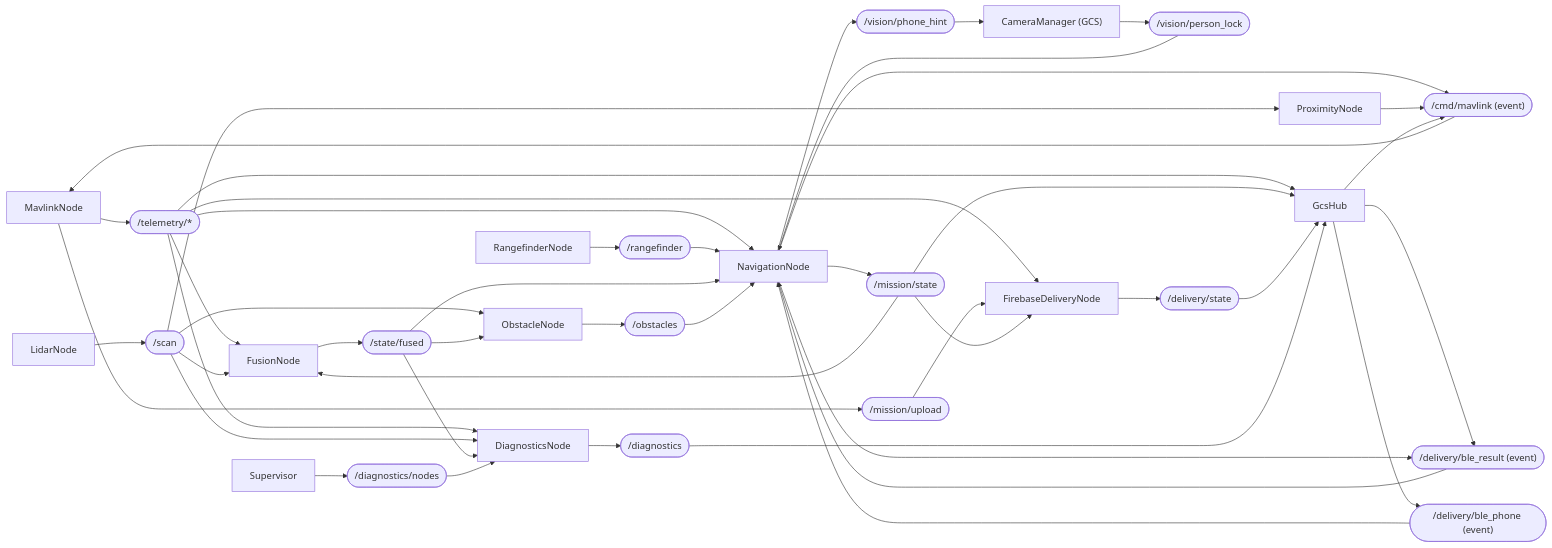
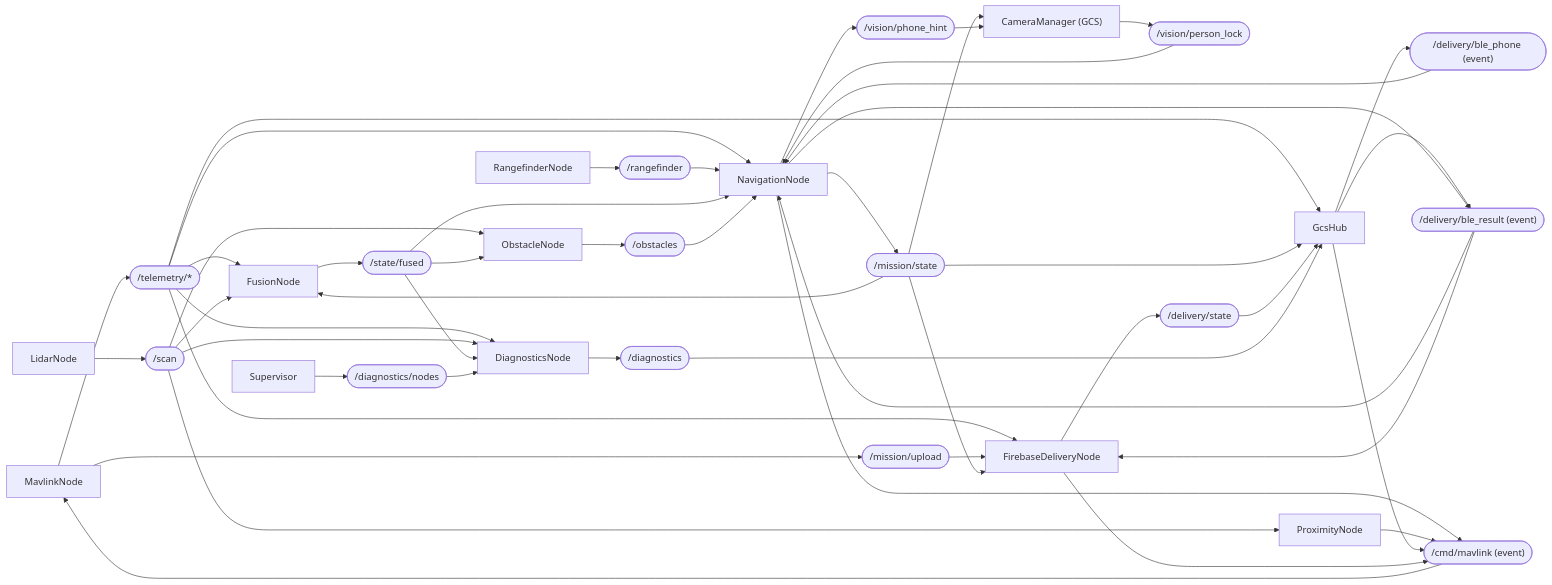
The sixth of 9 diagrams in docs/guide/03-software-architecture.md (GVishwasReddy/AERIX-Capstone-Team-21), drawn with Mermaid before and after one commit. The commit also changed other lines of this file and 8 other files, not shown here.

```diff
--- a/docs/guide/03-software-architecture.md
+++ b/docs/guide/03-software-architecture.md
@@ -662,15 +663,18 @@
     T_MSTATE --> FUS
     T_MSTATE --> FBD
     T_MSTATE --> HUB
+    T_MSTATE --> CAMM
 
     NAV --> T_CMD
     PRX --> T_CMD
     HUB --> T_CMD
+    FBD --> T_CMD
     T_CMD --> MAVN
 
     HUB --> T_BLER
     NAV --> T_BLER
     T_BLER --> NAV
+    T_BLER --> FBD
     HUB --> T_BLEP
     T_BLEP --> NAV
 
```
